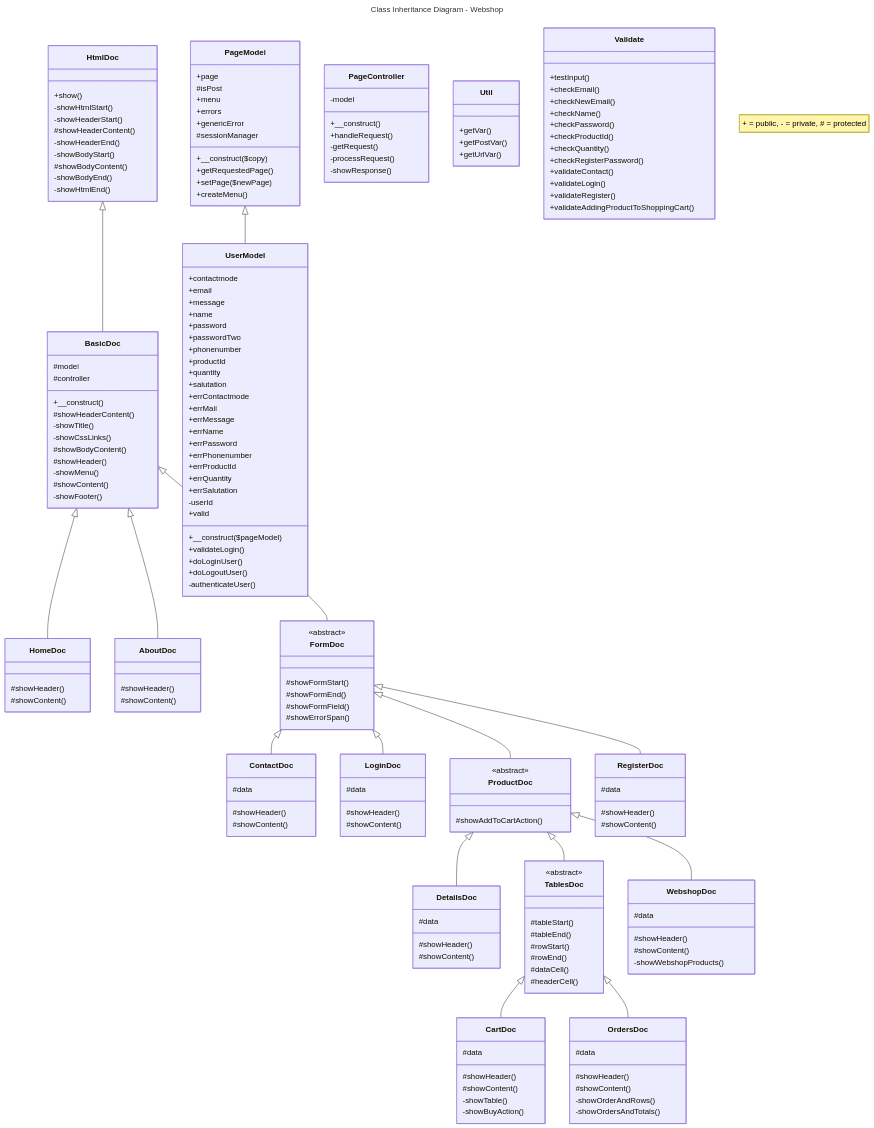
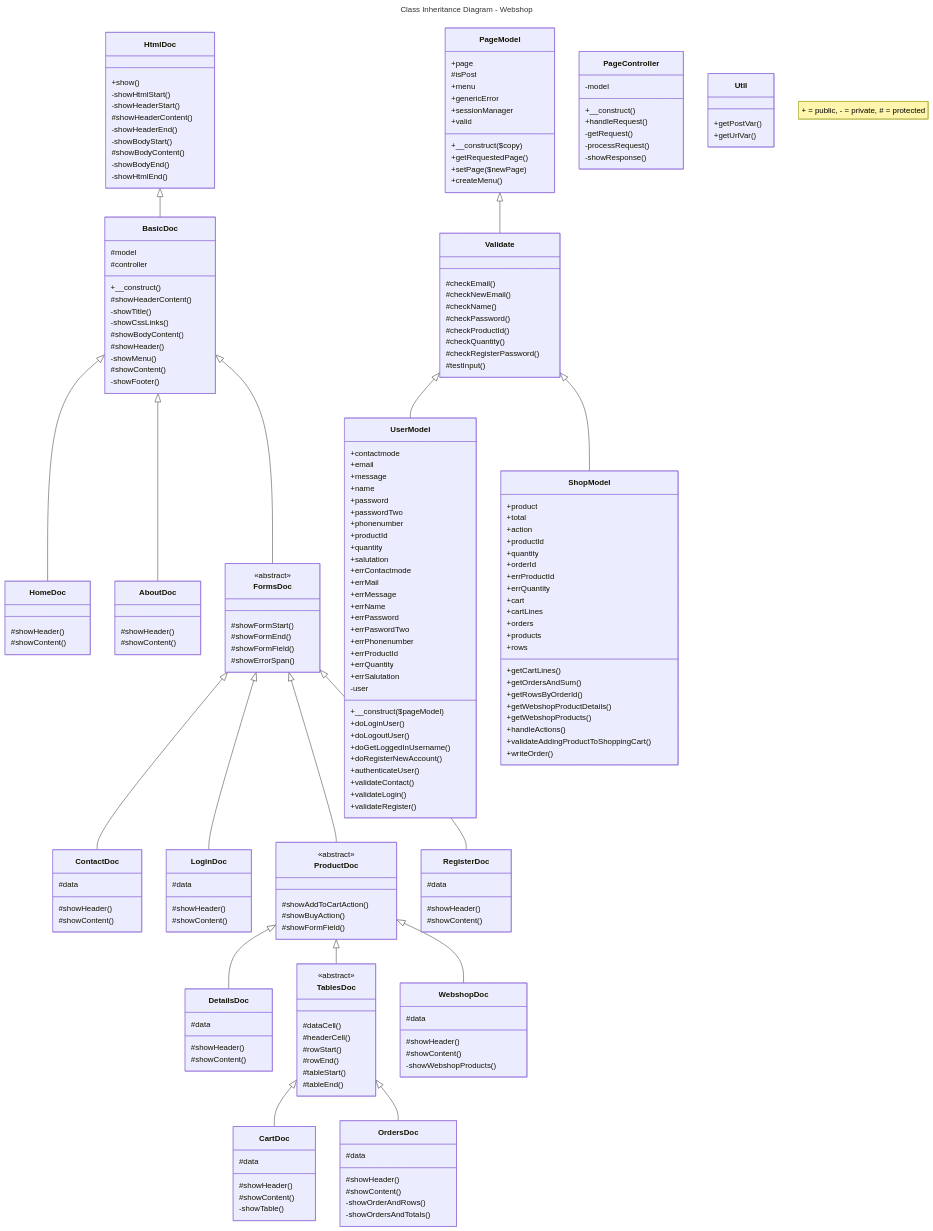
One commit to JeroenHeemskerk/educom-webshop-oop-1698314754 changed the diagram in Diagrams/#5.md. Above: the diagram before and after it, drawn with Mermaid.

Commit message:
#10 ERD geupdate, opmerkingen toegevoegd en bugs opgelost

```diff
--- a/Diagrams/#5.md
+++ b/Diagrams/#5.md
@@ -10,12 +10,12 @@
 
     BasicDoc <|-- HomeDoc
     BasicDoc <|-- AboutDoc
-    BasicDoc <|-- FormDoc
+    BasicDoc <|-- FormsDoc
 
-    FormDoc <|-- ContactDoc
-    FormDoc <|-- LoginDoc
-    FormDoc <|-- ProductDoc
-    FormDoc <|-- RegisterDoc
+    FormsDoc <|-- ContactDoc
+    FormsDoc <|-- LoginDoc
+    FormsDoc <|-- ProductDoc
+    FormsDoc <|-- RegisterDoc
 
     ProductDoc <|-- DetailsDoc
     ProductDoc <|-- TablesDoc
@@ -24,10 +24,13 @@
     TablesDoc <|-- CartDoc
     TablesDoc <|-- OrdersDoc
 
-    PageModel <|-- UserModel
+    PageModel <|-- Validate
+    Validate <|-- UserModel
+    Validate <|-- ShopModel
 
     class PageController{
         -model
+
         +__construct()
         +handleRequest()       
         -getRequest()
@@ -38,9 +41,10 @@
         +page
         #isPost
         +menu
-        +errors
         +genericError
-        #sessionManager
+        +sessionManager
+        +valid
+
         +__construct($copy)
         +getRequestedPage()
         +setPage($newPage)
@@ -63,38 +67,61 @@
         +errMessage
         +errName
         +errPassword
+        +errPaswordTwo
         +errPhonenumber
         +errProductId
         +errQuantity
         +errSalutation
 
-        -userId
-        +valid
+        -user
 
         +__construct($pageModel)
-        +validateLogin()
         +doLoginUser()
         +doLogoutUser()
-        -authenticateUser()
+        +doGetLoggedInUsername()
+        +doRegisterNewAccount()
+        +authenticateUser()
+        +validateContact()
+        +validateLogin()
+        +validateRegister()
+    }
+    class ShopModel{
+        +product
+        +total
+        +action
+        +productId
+        +quantity
+        +orderId
+        +errProductId
+        +errQuantity
+        +cart
+        +cartLines
+        +orders
+        +products
+        +rows
+
+        +getCartLines()
+        +getOrdersAndSum()
+        +getRowsByOrderId()
+        +getWebshopProductDetails()
+        +getWebshopProducts()
+        +handleActions()
+        +validateAddingProductToShoppingCart()
+        +writeOrder()
     }
     class Util{
-        +getVar()
         +getPostVar()
         +getUrlVar()
     }
     class Validate{
-        +testInput()
-        +checkEmail()
-        +checkNewEmail()
-        +checkName()
-        +checkPassword()
-        +checkProductId()
-        +checkQuantity()
-        +checkRegisterPassword()
-        +validateContact()
-        +validateLogin()
-        +validateRegister()
-        +validateAddingProductToShoppingCart()
+        #checkEmail()
+        #checkNewEmail()
+        #checkName()
+        #checkPassword()
+        #checkProductId()
+        #checkQuantity()
+        #checkRegisterPassword()
+        #testInput()
     }
     class HtmlDoc{
        +show()
@@ -128,7 +155,7 @@
         #showHeader()
         #showContent()
     }
-    class FormDoc{
+    class FormsDoc{
         <<abstract>>
         #showFormStart()
         #showFormEnd()
@@ -138,15 +165,17 @@
     class ProductDoc{
         <<abstract>>
         #showAddToCartAction()
+        #showBuyAction()
+        #showFormField()
     }
     class TablesDoc{
         <<abstract>>
+        #dataCell()
+        #headerCell()
+        #rowStart()
+        #rowEnd()
         #tableStart()
         #tableEnd()
-        #rowStart()
-        #rowEnd()
-        #dataCell()
-        #headerCell()
     }
     class ContactDoc{
         #data
@@ -168,7 +197,6 @@
         #showHeader()
         #showContent()
         -showTable()
-        -showBuyAction()
     }
     class OrdersDoc{
         #data
```
